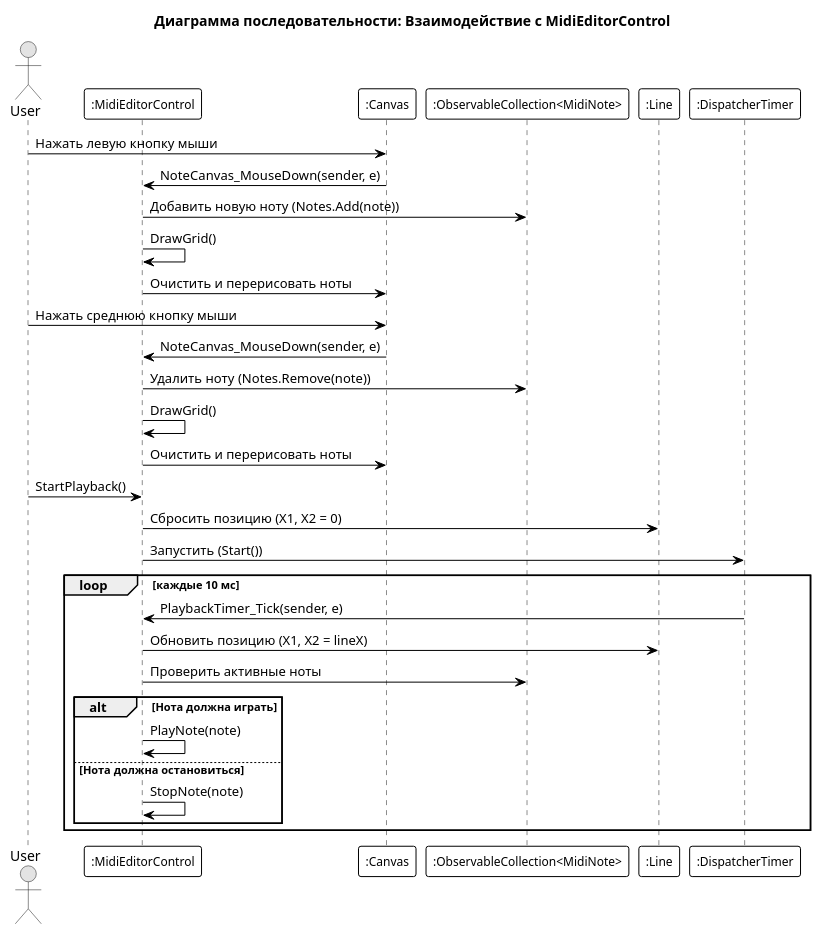
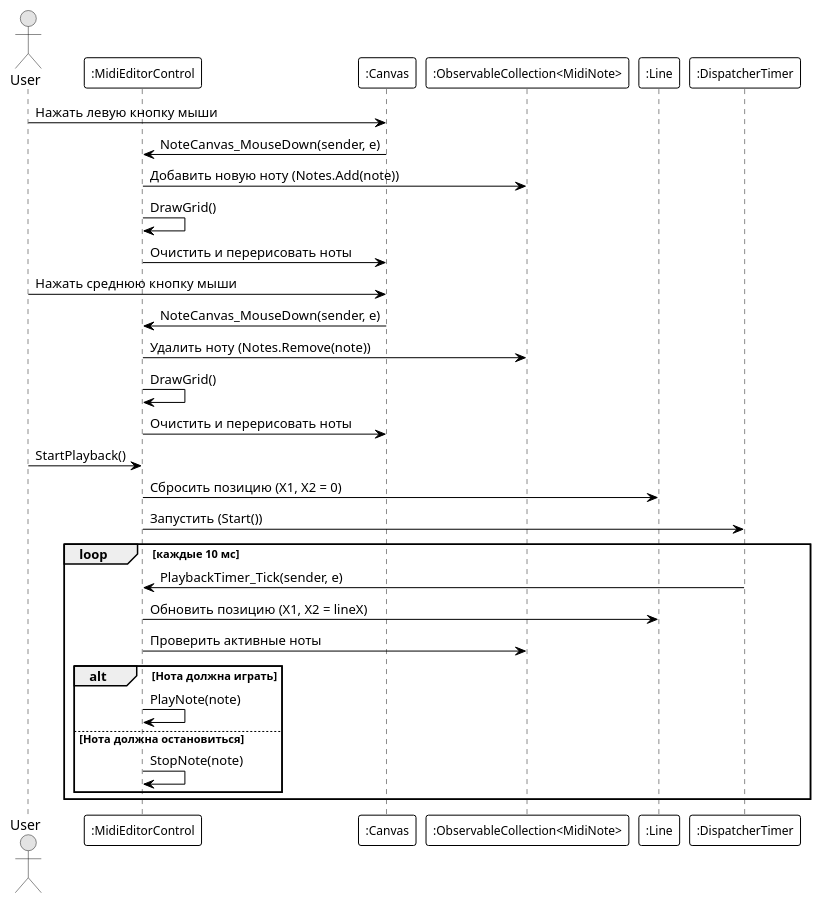
The diagram in docs/MidiEditor/sequence.puml (alex-pyslar/dream-synth), drawn with PlantUML before and after one commit. The commit also changed 26 other files, not shown here.

Commit message:
Редактирование блок схем

```diff
--- a/docs/MidiEditor/sequence.puml
+++ b/docs/MidiEditor/sequence.puml
@@ -1,48 +1,45 @@
 @startuml SequenceDiagramMidiEditor
 
-' ГОСТ-стиль: черно-белый, без теней
 skinparam monochrome true
 skinparam shadowing false
 skinparam participantFontSize 12
 skinparam participantFontName Arial
 skinparam participantBorderThickness 1
 skinparam participantBackgroundColor none
 skinparam participantBorderColor black
 skinparam ArrowColor black
-
-title Диаграмма последовательности: Взаимодействие с MidiEditorControl
 
 actor User
 participant ":MidiEditorControl" as Editor
 participant ":Canvas" as NoteCanvas
 participant ":ObservableCollection<MidiNote>" as Notes
 participant ":Line" as PlaybackLine
 participant ":DispatcherTimer" as Timer
 
 User -> NoteCanvas: Нажать левую кнопку мыши
 NoteCanvas -> Editor: NoteCanvas_MouseDown(sender, e)
 Editor -> Notes: Добавить новую ноту (Notes.Add(note))
 Editor -> Editor: DrawGrid()
 Editor -> NoteCanvas: Очистить и перерисовать ноты
 
 User -> NoteCanvas: Нажать среднюю кнопку мыши
 NoteCanvas -> Editor: NoteCanvas_MouseDown(sender, e)
 Editor -> Notes: Удалить ноту (Notes.Remove(note))
 Editor -> Editor: DrawGrid()
 Editor -> NoteCanvas: Очистить и перерисовать ноты
 
 User -> Editor: StartPlayback()
 Editor -> PlaybackLine: Сбросить позицию (X1, X2 = 0)
 Editor -> Timer: Запустить (Start())
 loop каждые 10 мс
     Timer -> Editor: PlaybackTimer_Tick(sender, e)
     Editor -> PlaybackLine: Обновить позицию (X1, X2 = lineX)
     Editor -> Notes: Проверить активные ноты
     alt Нота должна играть
         Editor -> Editor: PlayNote(note)
     else Нота должна остановиться
         Editor -> Editor: StopNote(note)
     end
 end
 
 @enduml
```
